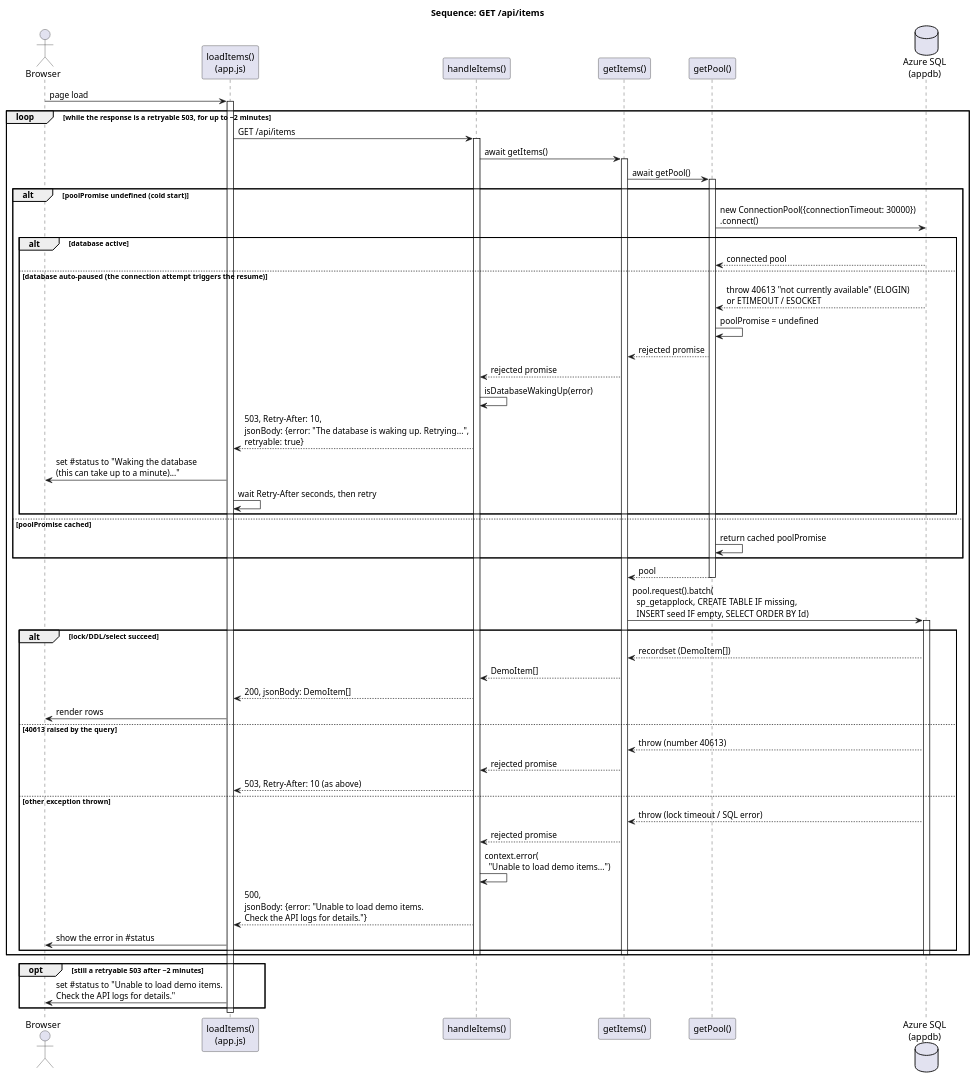
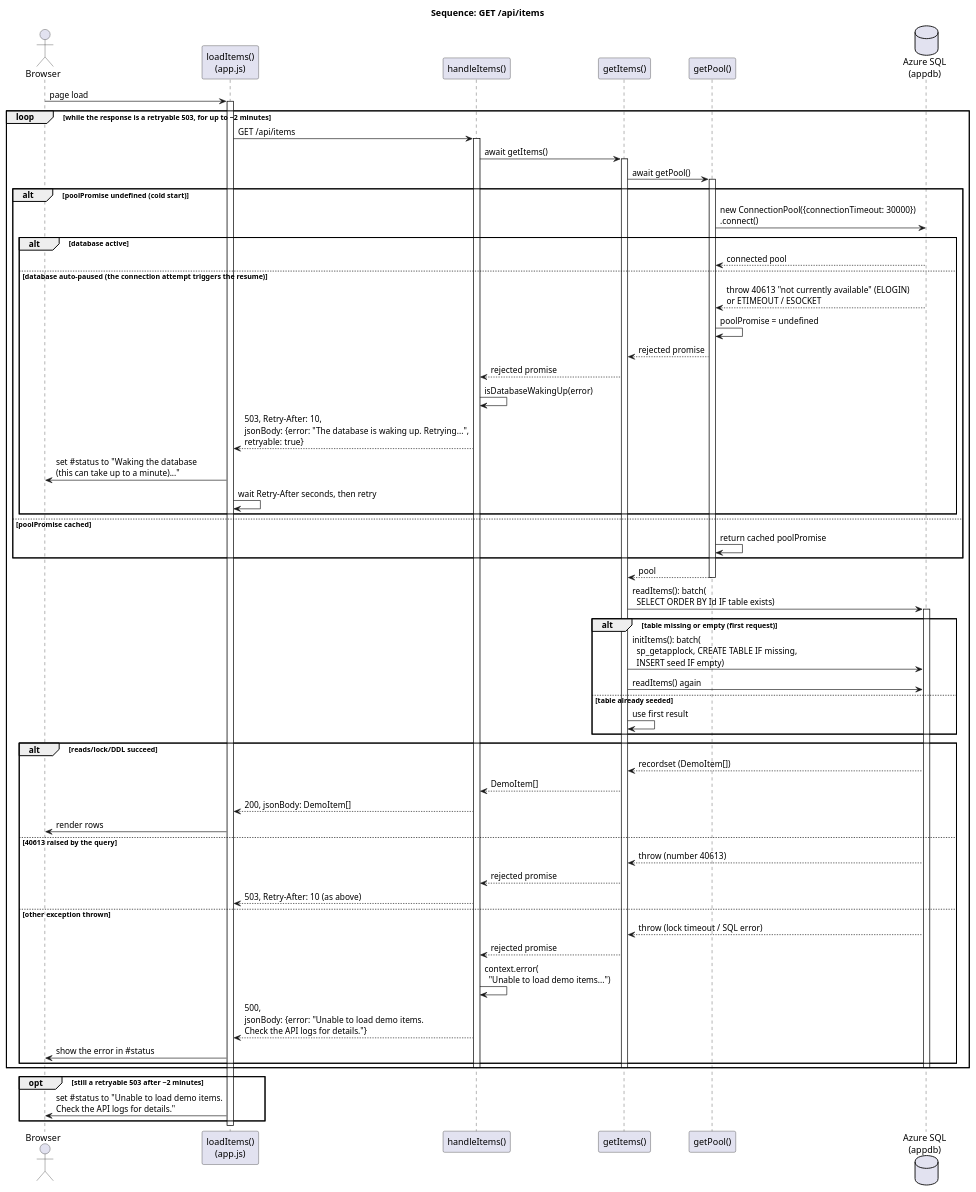
Before and after one commit to wolffy-au/frictionless-sample-azure: the diagram in uml/interaction/11-sequence.puml, drawn with PlantUML. The commit also changed 13 other files, not shown here.

First line of the commit message:
docs(uml): show the read-first demo-items flow

```diff
--- a/uml/interaction/11-sequence.puml
+++ b/uml/interaction/11-sequence.puml
@@ -1,73 +1,80 @@
 @startuml
 title Sequence: GET /api/items
 
 actor Browser as Browser
 participant "loadItems()\n(app.js)" as LoadItems
 participant "handleItems()" as Handler
 participant "getItems()" as GetItems
 participant "getPool()" as GetPool
 database "Azure SQL\n(appdb)" as Sql
 
 Browser -> LoadItems : page load
 activate LoadItems
 
 loop while the response is a retryable 503, for up to ~2 minutes
 LoadItems -> Handler : GET /api/items
 activate Handler
 
 Handler -> GetItems : await getItems()
 activate GetItems
 
 GetItems -> GetPool : await getPool()
 activate GetPool
 
 alt poolPromise undefined (cold start)
   GetPool -> Sql : new ConnectionPool({connectionTimeout: 30000})\n.connect()
   alt database active
     Sql --> GetPool : connected pool
   else database auto-paused (the connection attempt triggers the resume)
     Sql --> GetPool : throw 40613 "not currently available" (ELOGIN)\nor ETIMEOUT / ESOCKET
     GetPool -> GetPool : poolPromise = undefined
     GetPool --> GetItems : rejected promise
     GetItems --> Handler : rejected promise
     Handler -> Handler : isDatabaseWakingUp(error)
     Handler --> LoadItems : 503, Retry-After: 10,\njsonBody: {error: "The database is waking up. Retrying...",\nretryable: true}
     LoadItems -> Browser : set #status to "Waking the database\n(this can take up to a minute)..."
     LoadItems -> LoadItems : wait Retry-After seconds, then retry
   end
 else poolPromise cached
   GetPool -> GetPool : return cached poolPromise
 end
 GetPool --> GetItems : pool
 deactivate GetPool
 
-GetItems -> Sql : pool.request().batch(\n  sp_getapplock, CREATE TABLE IF missing,\n  INSERT seed IF empty, SELECT ORDER BY Id)
+GetItems -> Sql : readItems(): batch(\n  SELECT ORDER BY Id IF table exists)
 activate Sql
 
-alt lock/DDL/select succeed
+alt table missing or empty (first request)
+  GetItems -> Sql : initItems(): batch(\n  sp_getapplock, CREATE TABLE IF missing,\n  INSERT seed IF empty)
+  GetItems -> Sql : readItems() again
+else table already seeded
+  GetItems -> GetItems : use first result
+end
+
+alt reads/lock/DDL succeed
   Sql --> GetItems : recordset (DemoItem[])
   GetItems --> Handler : DemoItem[]
   Handler --> LoadItems : 200, jsonBody: DemoItem[]
   LoadItems -> Browser : render rows
 else 40613 raised by the query
   Sql --> GetItems : throw (number 40613)
   GetItems --> Handler : rejected promise
   Handler --> LoadItems : 503, Retry-After: 10 (as above)
 else other exception thrown
   Sql --> GetItems : throw (lock timeout / SQL error)
   GetItems --> Handler : rejected promise
   Handler -> Handler : context.error(\n  "Unable to load demo items...")
   Handler --> LoadItems : 500,\njsonBody: {error: "Unable to load demo items.\nCheck the API logs for details."}
   LoadItems -> Browser : show the error in #status
 end
 deactivate Sql
 deactivate GetItems
 deactivate Handler
 end
 
 opt still a retryable 503 after ~2 minutes
   LoadItems -> Browser : set #status to "Unable to load demo items.\nCheck the API logs for details."
 end
 deactivate LoadItems
 
 @enduml
```
